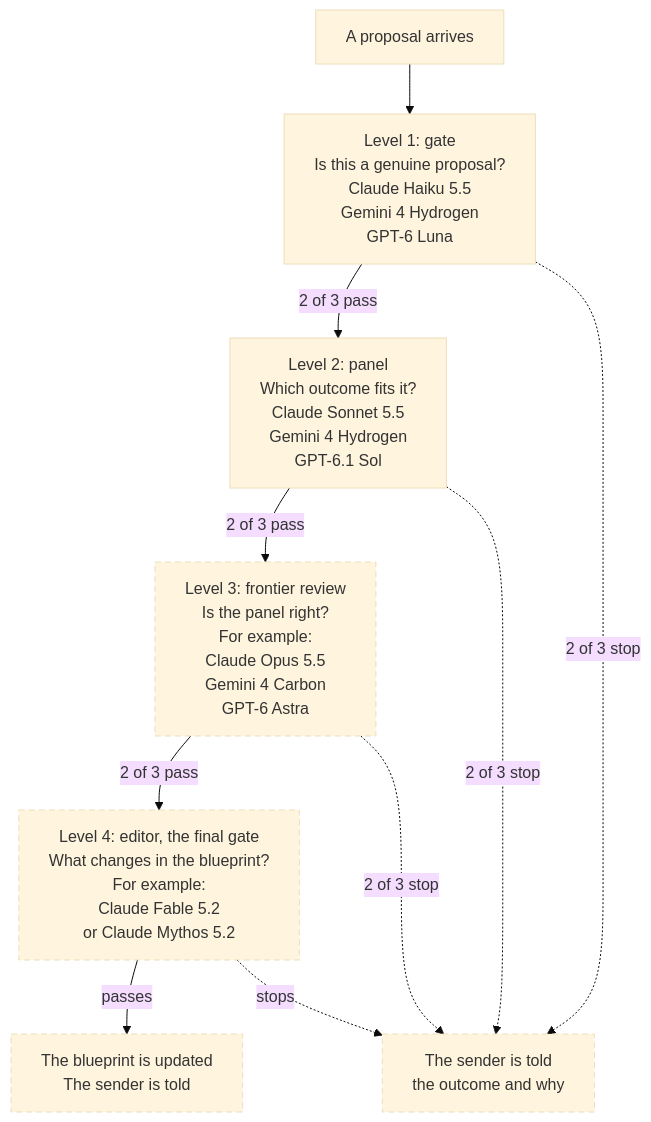
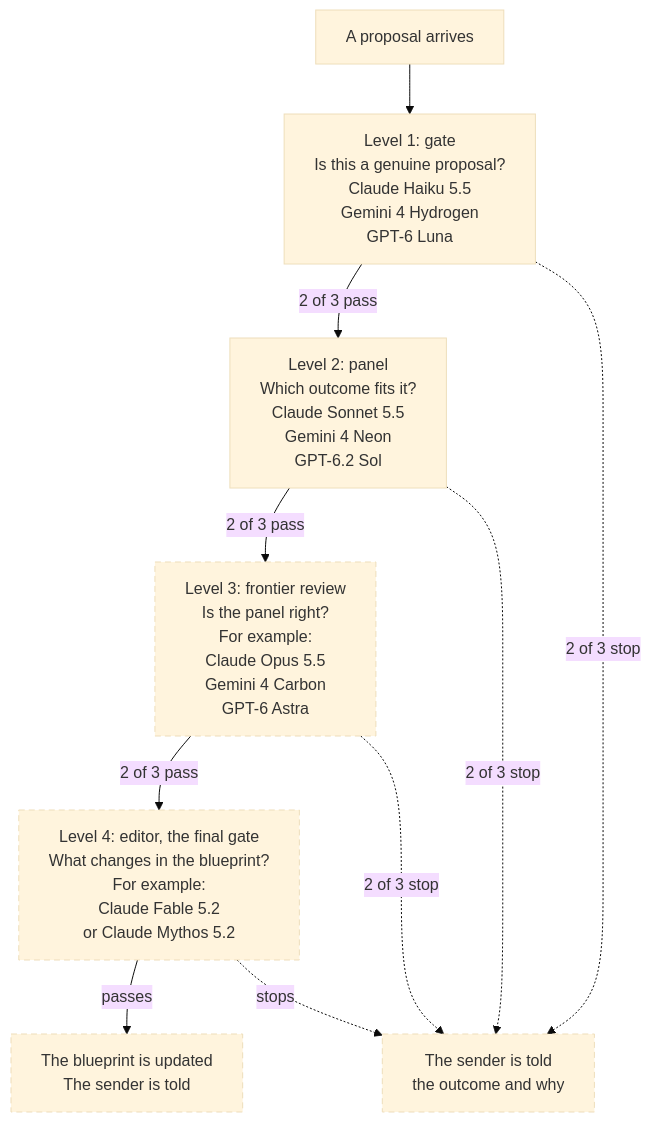
One commit to OpenIslet/automated-reviewer changed the diagram in README.md. Above: the diagram before and after it, drawn with Mermaid (base theme). The commit also changed other lines of this file and 11 other files, not shown here.

First line of the commit message:
Upgrade panel models to Gemini 4 Neon (high) and GPT-6.2 Sol (xhigh)

````diff
--- a/README.md
+++ b/README.md
@@ -24,19 +24,19 @@
 ```mermaid
 ---
 config:
   flowchart:
     wrappingWidth: 260
 ---
 flowchart TD
     A["A proposal arrives"] --> B["Level 1: gate<br/>Is this a genuine proposal?<br/>Claude Haiku 5.5<br/>Gemini 4 Hydrogen<br/>GPT-6 Luna"]
-    B -- 2 of 3 pass --> C["Level 2: panel<br/>Which outcome fits it?<br/>Claude Sonnet 5.5<br/>Gemini 4 Hydrogen<br/>GPT-6.1 Sol"]
+    B -- 2 of 3 pass --> C["Level 2: panel<br/>Which outcome fits it?<br/>Claude Sonnet 5.5<br/>Gemini 4 Neon<br/>GPT-6.2 Sol"]
     C -- 2 of 3 pass --> D["Level 3: frontier review<br/>Is the panel right?<br/>For example:<br/>Claude Opus 5.5<br/>Gemini 4 Carbon<br/>GPT-6 Astra"]
     D -- 2 of 3 pass --> E["Level 4: editor, the final gate<br/>What changes in the blueprint?<br/>For example:<br/>Claude Fable 5.2<br/>or Claude Mythos 5.2"]
     E -- passes --> F["The blueprint is updated<br/>The sender is told"]
     B -. 2 of 3 stop .-> N["The sender is told<br/>the outcome and why"]
     C -. 2 of 3 stop .-> N
     D -. 2 of 3 stop .-> N
     E -. stops .-> N
     classDef planned stroke-dasharray: 6 4
     class D,E,F,N planned
 ```
````
